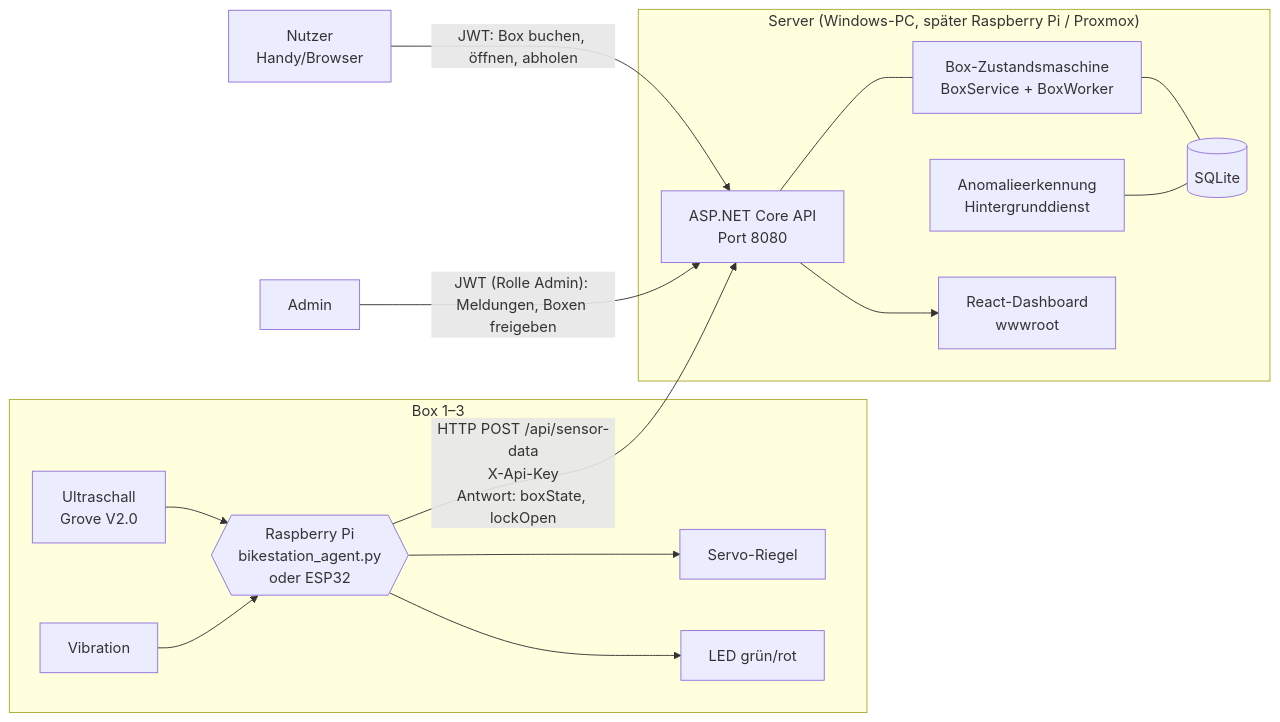
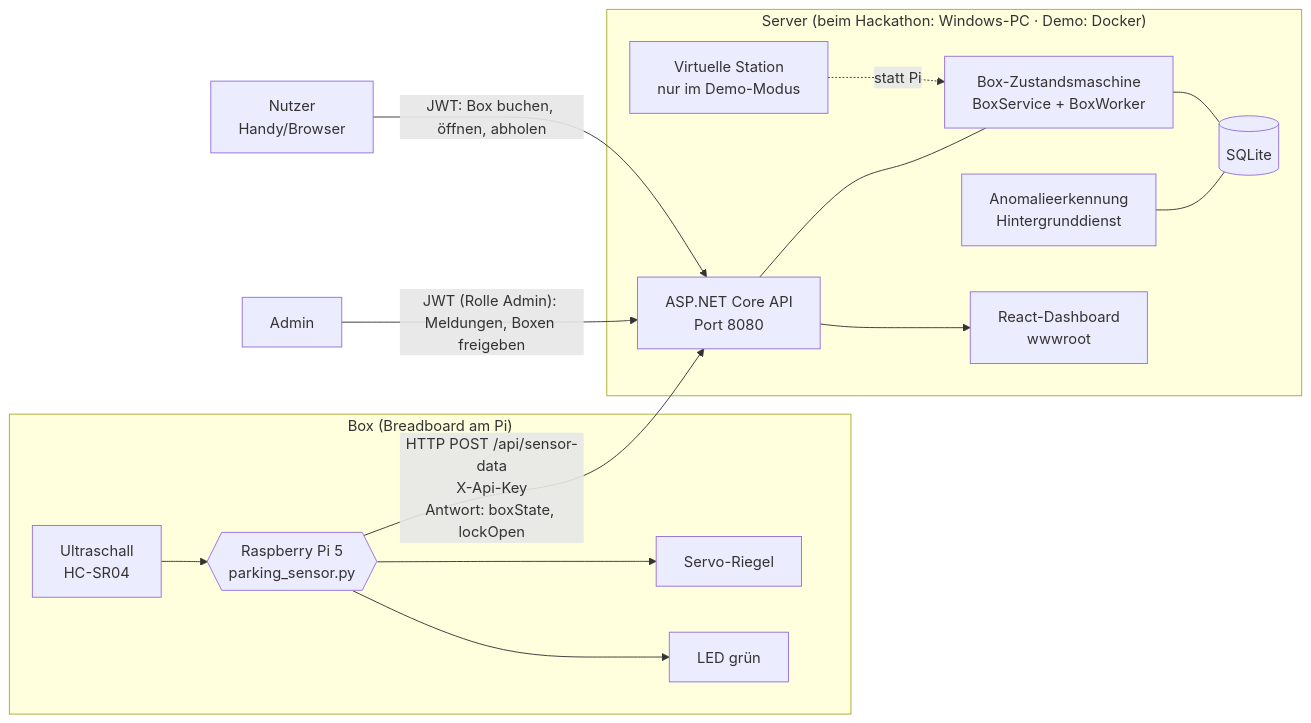
One commit to LaurenzBonke/Bikestation changed the first of 5 diagrams in docs/ARCHITEKTUR.md. Above: the diagram before and after it, drawn with Mermaid. The commit also changed other lines of this file and 69 other files, not shown here.

````diff
--- a/docs/ARCHITEKTUR.md
+++ b/docs/ARCHITEKTUR.md
@@ -18,25 +18,25 @@
 ```mermaid
 flowchart LR
-    subgraph Box["Box 1–3"]
-        U[Ultraschall<br/>Grove V2.0] --> D
-        V[Vibration] --> D
-        D{{Raspberry Pi<br/>bikestation_agent.py<br/>oder ESP32}} --> S[Servo-Riegel]
-        D --> L[LED grün/rot]
+    subgraph Box["Box (Breadboard am Pi)"]
+        U[Ultraschall<br/>HC-SR04] --> D
+        D{{Raspberry Pi 5<br/>parking_sensor.py}} --> S[Servo-Riegel]
+        D --> L[LED grün]
     end
 
     D -- "HTTP POST /api/sensor-data<br/>X-Api-Key<br/>Antwort: boxState, lockOpen" --> API
 
-    subgraph Server["Server (Windows-PC, später Raspberry Pi / Proxmox)"]
+    subgraph Server["Server (beim Hackathon: Windows-PC · Demo: Docker)"]
         API[ASP.NET Core API<br/>Port 8080]
+        VS[Virtuelle Station<br/>nur im Demo-Modus] -. "statt Pi" .-> SM
         SM[Box-Zustandsmaschine<br/>BoxService + BoxWorker]
         AN[Anomalieerkennung<br/>Hintergrunddienst]
         DB[(SQLite)]
         UI[React-Dashboard<br/>wwwroot]
         API --- SM --- DB
         AN --- DB
         API --> UI
     end
 
     N[Nutzer<br/>Handy/Browser] -- "JWT: Box buchen, öffnen, abholen" --> API
     A[Admin] -- "JWT (Rolle Admin): Meldungen, Boxen freigeben" --> API
 ```
````
